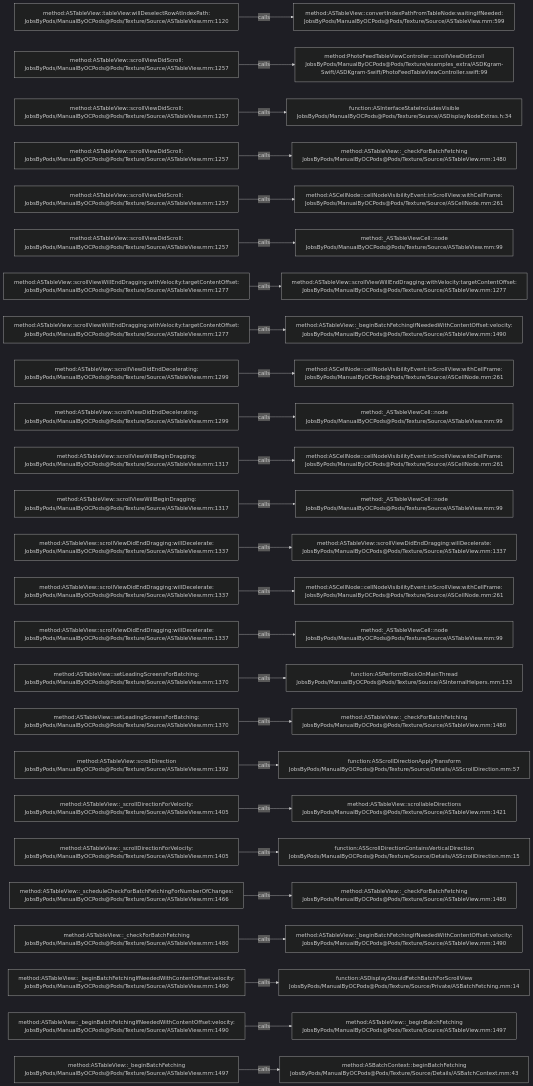
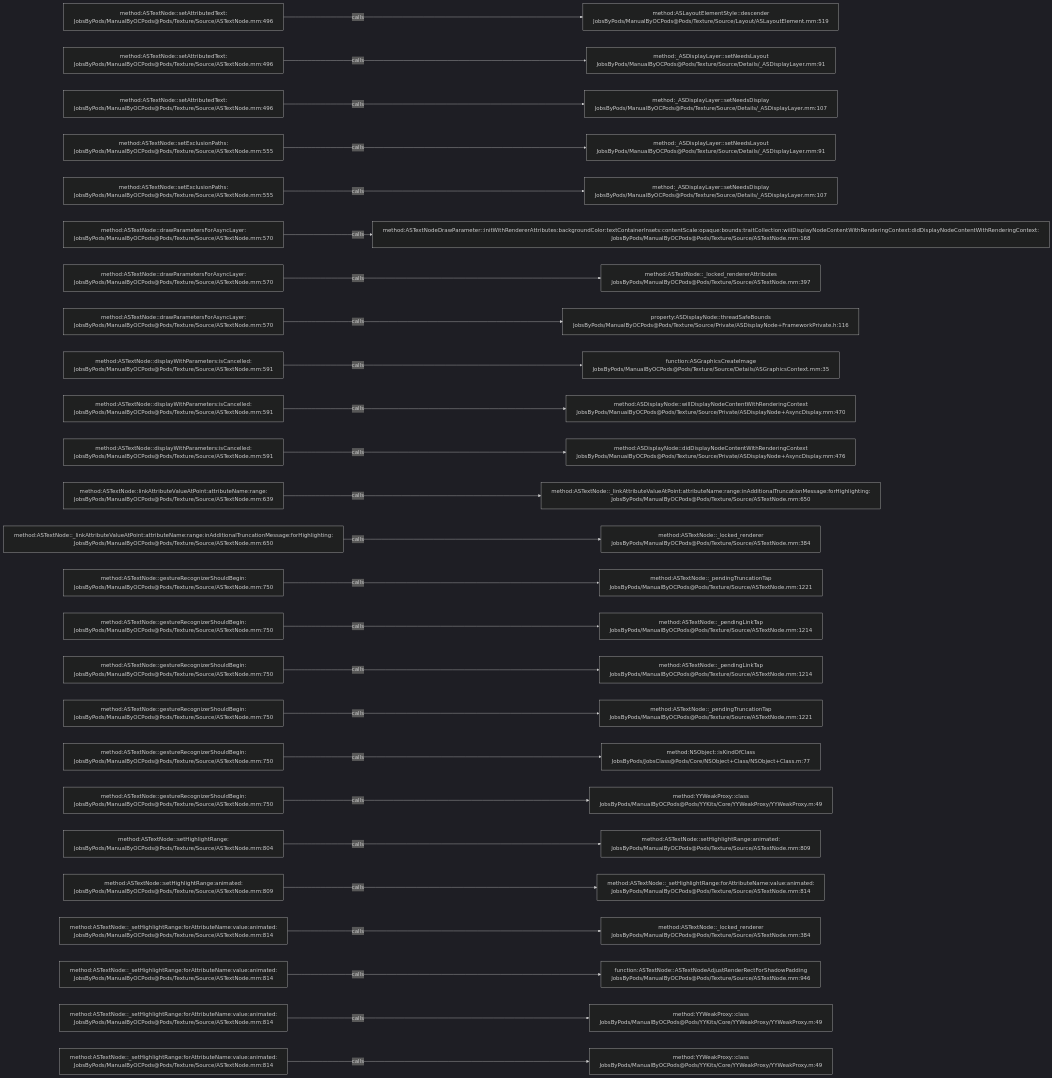
The diagram in .codegraph/codegraph.md/graphs/calls-127.md (JobsKits/JobsOCBaseConfigDemo), drawn with Mermaid (dark theme) before and after one commit. The commit also changed 1448 other files, not shown here.

````diff
--- a/.codegraph/codegraph.md/graphs/calls-127.md
+++ b/.codegraph/codegraph.md/graphs/calls-127.md
@@ -13,78 +13,78 @@
 ```mermaid
 flowchart LR
-  S1["method:ASTableView::tableView:willDeselectRowAtIndexPath:<br/>JobsByPods/ManualByOCPods@Pods/Texture/Source/ASTableView.mm:1120"]
-  T1["method:ASTableView::convertIndexPathFromTableNode:waitingIfNeeded:<br/>JobsByPods/ManualByOCPods@Pods/Texture/Source/ASTableView.mm:599"]
+  S1["method:ASTextNode::setAttributedText:<br/>JobsByPods/ManualByOCPods@Pods/Texture/Source/ASTextNode.mm:496"]
+  T1["method:ASLayoutElementStyle::descender<br/>JobsByPods/ManualByOCPods@Pods/Texture/Source/Layout/ASLayoutElement.mm:519"]
   S1 -->|calls| T1
-  S2["method:ASTableView::scrollViewDidScroll:<br/>JobsByPods/ManualByOCPods@Pods/Texture/Source/ASTableView.mm:1257"]
-  T2["method:PhotoFeedTableViewController::scrollViewDidScroll<br/>JobsByPods/ManualByOCPods@Pods/Texture/examples_extra/ASDKgram-Swift/ASDKgram-Swift/PhotoFeedTableViewController.swift:99"]
+  S2["method:ASTextNode::setAttributedText:<br/>JobsByPods/ManualByOCPods@Pods/Texture/Source/ASTextNode.mm:496"]
+  T2["method:_ASDisplayLayer::setNeedsLayout<br/>JobsByPods/ManualByOCPods@Pods/Texture/Source/Details/_ASDisplayLayer.mm:91"]
   S2 -->|calls| T2
-  S3["method:ASTableView::scrollViewDidScroll:<br/>JobsByPods/ManualByOCPods@Pods/Texture/Source/ASTableView.mm:1257"]
-  T3["function:ASInterfaceStateIncludesVisible<br/>JobsByPods/ManualByOCPods@Pods/Texture/Source/ASDisplayNodeExtras.h:34"]
+  S3["method:ASTextNode::setAttributedText:<br/>JobsByPods/ManualByOCPods@Pods/Texture/Source/ASTextNode.mm:496"]
+  T3["method:_ASDisplayLayer::setNeedsDisplay<br/>JobsByPods/ManualByOCPods@Pods/Texture/Source/Details/_ASDisplayLayer.mm:107"]
   S3 -->|calls| T3
-  S4["method:ASTableView::scrollViewDidScroll:<br/>JobsByPods/ManualByOCPods@Pods/Texture/Source/ASTableView.mm:1257"]
-  T4["method:ASTableView::_checkForBatchFetching<br/>JobsByPods/ManualByOCPods@Pods/Texture/Source/ASTableView.mm:1480"]
+  S4["method:ASTextNode::setExclusionPaths:<br/>JobsByPods/ManualByOCPods@Pods/Texture/Source/ASTextNode.mm:555"]
+  T4["method:_ASDisplayLayer::setNeedsLayout<br/>JobsByPods/ManualByOCPods@Pods/Texture/Source/Details/_ASDisplayLayer.mm:91"]
   S4 -->|calls| T4
-  S5["method:ASTableView::scrollViewDidScroll:<br/>JobsByPods/ManualByOCPods@Pods/Texture/Source/ASTableView.mm:1257"]
-  T5["method:ASCellNode::cellNodeVisibilityEvent:inScrollView:withCellFrame:<br/>JobsByPods/ManualByOCPods@Pods/Texture/Source/ASCellNode.mm:261"]
+  S5["method:ASTextNode::setExclusionPaths:<br/>JobsByPods/ManualByOCPods@Pods/Texture/Source/ASTextNode.mm:555"]
+  T5["method:_ASDisplayLayer::setNeedsDisplay<br/>JobsByPods/ManualByOCPods@Pods/Texture/Source/Details/_ASDisplayLayer.mm:107"]
   S5 -->|calls| T5
-  S6["method:ASTableView::scrollViewDidScroll:<br/>JobsByPods/ManualByOCPods@Pods/Texture/Source/ASTableView.mm:1257"]
-  T6["method:_ASTableViewCell::node<br/>JobsByPods/ManualByOCPods@Pods/Texture/Source/ASTableView.mm:99"]
+  S6["method:ASTextNode::drawParametersForAsyncLayer:<br/>JobsByPods/ManualByOCPods@Pods/Texture/Source/ASTextNode.mm:570"]
+  T6["method:ASTextNodeDrawParameter::initWithRendererAttributes:backgroundColor:textContainerInsets:contentScale:opaque:bounds:traitCollection:willDisplayNodeContentWithRenderingContext:didDisplayNodeContentWithRenderingContext:<br/>JobsByPods/ManualByOCPods@Pods/Texture/Source/ASTextNode.mm:168"]
   S6 -->|calls| T6
-  S7["method:ASTableView::scrollViewWillEndDragging:withVelocity:targetContentOffset:<br/>JobsByPods/ManualByOCPods@Pods/Texture/Source/ASTableView.mm:1277"]
-  T7["method:ASTableView::scrollViewWillEndDragging:withVelocity:targetContentOffset:<br/>JobsByPods/ManualByOCPods@Pods/Texture/Source/ASTableView.mm:1277"]
+  S7["method:ASTextNode::drawParametersForAsyncLayer:<br/>JobsByPods/ManualByOCPods@Pods/Texture/Source/ASTextNode.mm:570"]
+  T7["method:ASTextNode::_locked_rendererAttributes<br/>JobsByPods/ManualByOCPods@Pods/Texture/Source/ASTextNode.mm:397"]
   S7 -->|calls| T7
-  S8["method:ASTableView::scrollViewWillEndDragging:withVelocity:targetContentOffset:<br/>JobsByPods/ManualByOCPods@Pods/Texture/Source/ASTableView.mm:1277"]
-  T8["method:ASTableView::_beginBatchFetchingIfNeededWithContentOffset:velocity:<br/>JobsByPods/ManualByOCPods@Pods/Texture/Source/ASTableView.mm:1490"]
+  S8["method:ASTextNode::drawParametersForAsyncLayer:<br/>JobsByPods/ManualByOCPods@Pods/Texture/Source/ASTextNode.mm:570"]
+  T8["property:ASDisplayNode::threadSafeBounds<br/>JobsByPods/ManualByOCPods@Pods/Texture/Source/Private/ASDisplayNode+FrameworkPrivate.h:116"]
   S8 -->|calls| T8
-  S9["method:ASTableView::scrollViewDidEndDecelerating:<br/>JobsByPods/ManualByOCPods@Pods/Texture/Source/ASTableView.mm:1299"]
-  T9["method:ASCellNode::cellNodeVisibilityEvent:inScrollView:withCellFrame:<br/>JobsByPods/ManualByOCPods@Pods/Texture/Source/ASCellNode.mm:261"]
+  S9["method:ASTextNode::displayWithParameters:isCancelled:<br/>JobsByPods/ManualByOCPods@Pods/Texture/Source/ASTextNode.mm:591"]
+  T9["function:ASGraphicsCreateImage<br/>JobsByPods/ManualByOCPods@Pods/Texture/Source/Details/ASGraphicsContext.mm:35"]
   S9 -->|calls| T9
-  S10["method:ASTableView::scrollViewDidEndDecelerating:<br/>JobsByPods/ManualByOCPods@Pods/Texture/Source/ASTableView.mm:1299"]
-  T10["method:_ASTableViewCell::node<br/>JobsByPods/ManualByOCPods@Pods/Texture/Source/ASTableView.mm:99"]
+  S10["method:ASTextNode::displayWithParameters:isCancelled:<br/>JobsByPods/ManualByOCPods@Pods/Texture/Source/ASTextNode.mm:591"]
+  T10["method:ASDisplayNode::willDisplayNodeContentWithRenderingContext<br/>JobsByPods/ManualByOCPods@Pods/Texture/Source/Private/ASDisplayNode+AsyncDisplay.mm:470"]
   S10 -->|calls| T10
-  S11["method:ASTableView::scrollViewWillBeginDragging:<br/>JobsByPods/ManualByOCPods@Pods/Texture/Source/ASTableView.mm:1317"]
-  T11["method:ASCellNode::cellNodeVisibilityEvent:inScrollView:withCellFrame:<br/>JobsByPods/ManualByOCPods@Pods/Texture/Source/ASCellNode.mm:261"]
+  S11["method:ASTextNode::displayWithParameters:isCancelled:<br/>JobsByPods/ManualByOCPods@Pods/Texture/Source/ASTextNode.mm:591"]
+  T11["method:ASDisplayNode::didDisplayNodeContentWithRenderingContext<br/>JobsByPods/ManualByOCPods@Pods/Texture/Source/Private/ASDisplayNode+AsyncDisplay.mm:476"]
   S11 -->|calls| T11
-  S12["method:ASTableView::scrollViewWillBeginDragging:<br/>JobsByPods/ManualByOCPods@Pods/Texture/Source/ASTableView.mm:1317"]
-  T12["method:_ASTableViewCell::node<br/>JobsByPods/ManualByOCPods@Pods/Texture/Source/ASTableView.mm:99"]
+  S12["method:ASTextNode::linkAttributeValueAtPoint:attributeName:range:<br/>JobsByPods/ManualByOCPods@Pods/Texture/Source/ASTextNode.mm:639"]
+  T12["method:ASTextNode::_linkAttributeValueAtPoint:attributeName:range:inAdditionalTruncationMessage:forHighlighting:<br/>JobsByPods/ManualByOCPods@Pods/Texture/Source/ASTextNode.mm:650"]
   S12 -->|calls| T12
-  S13["method:ASTableView::scrollViewDidEndDragging:willDecelerate:<br/>JobsByPods/ManualByOCPods@Pods/Texture/Source/ASTableView.mm:1337"]
-  T13["method:ASTableView::scrollViewDidEndDragging:willDecelerate:<br/>JobsByPods/ManualByOCPods@Pods/Texture/Source/ASTableView.mm:1337"]
+  S13["method:ASTextNode::_linkAttributeValueAtPoint:attributeName:range:inAdditionalTruncationMessage:forHighlighting:<br/>JobsByPods/ManualByOCPods@Pods/Texture/Source/ASTextNode.mm:650"]
+  T13["method:ASTextNode::_locked_renderer<br/>JobsByPods/ManualByOCPods@Pods/Texture/Source/ASTextNode.mm:384"]
   S13 -->|calls| T13
-  S14["method:ASTableView::scrollViewDidEndDragging:willDecelerate:<br/>JobsByPods/ManualByOCPods@Pods/Texture/Source/ASTableView.mm:1337"]
-  T14["method:ASCellNode::cellNodeVisibilityEvent:inScrollView:withCellFrame:<br/>JobsByPods/ManualByOCPods@Pods/Texture/Source/ASCellNode.mm:261"]
+  S14["method:ASTextNode::gestureRecognizerShouldBegin:<br/>JobsByPods/ManualByOCPods@Pods/Texture/Source/ASTextNode.mm:750"]
+  T14["method:ASTextNode::_pendingTruncationTap<br/>JobsByPods/ManualByOCPods@Pods/Texture/Source/ASTextNode.mm:1221"]
   S14 -->|calls| T14
-  S15["method:ASTableView::scrollViewDidEndDragging:willDecelerate:<br/>JobsByPods/ManualByOCPods@Pods/Texture/Source/ASTableView.mm:1337"]
-  T15["method:_ASTableViewCell::node<br/>JobsByPods/ManualByOCPods@Pods/Texture/Source/ASTableView.mm:99"]
+  S15["method:ASTextNode::gestureRecognizerShouldBegin:<br/>JobsByPods/ManualByOCPods@Pods/Texture/Source/ASTextNode.mm:750"]
+  T15["method:ASTextNode::_pendingLinkTap<br/>JobsByPods/ManualByOCPods@Pods/Texture/Source/ASTextNode.mm:1214"]
   S15 -->|calls| T15
-  S16["method:ASTableView::setLeadingScreensForBatching:<br/>JobsByPods/ManualByOCPods@Pods/Texture/Source/ASTableView.mm:1370"]
-  T16["function:ASPerformBlockOnMainThread<br/>JobsByPods/ManualByOCPods@Pods/Texture/Source/ASInternalHelpers.mm:133"]
+  S16["method:ASTextNode::gestureRecognizerShouldBegin:<br/>JobsByPods/ManualByOCPods@Pods/Texture/Source/ASTextNode.mm:750"]
+  T16["method:ASTextNode::_pendingLinkTap<br/>JobsByPods/ManualByOCPods@Pods/Texture/Source/ASTextNode.mm:1214"]
   S16 -->|calls| T16
-  S17["method:ASTableView::setLeadingScreensForBatching:<br/>JobsByPods/ManualByOCPods@Pods/Texture/Source/ASTableView.mm:1370"]
-  T17["method:ASTableView::_checkForBatchFetching<br/>JobsByPods/ManualByOCPods@Pods/Texture/Source/ASTableView.mm:1480"]
+  S17["method:ASTextNode::gestureRecognizerShouldBegin:<br/>JobsByPods/ManualByOCPods@Pods/Texture/Source/ASTextNode.mm:750"]
+  T17["method:ASTextNode::_pendingTruncationTap<br/>JobsByPods/ManualByOCPods@Pods/Texture/Source/ASTextNode.mm:1221"]
   S17 -->|calls| T17
-  S18["method:ASTableView::scrollDirection<br/>JobsByPods/ManualByOCPods@Pods/Texture/Source/ASTableView.mm:1392"]
-  T18["function:ASScrollDirectionApplyTransform<br/>JobsByPods/ManualByOCPods@Pods/Texture/Source/Details/ASScrollDirection.mm:57"]
+  S18["method:ASTextNode::gestureRecognizerShouldBegin:<br/>JobsByPods/ManualByOCPods@Pods/Texture/Source/ASTextNode.mm:750"]
+  T18["method:NSObject::isKindOfClass<br/>JobsByPods/JobsClass@Pods/Core/NSObject+Class/NSObject+Class.m:77"]
   S18 -->|calls| T18
-  S19["method:ASTableView::_scrollDirectionForVelocity:<br/>JobsByPods/ManualByOCPods@Pods/Texture/Source/ASTableView.mm:1405"]
-  T19["method:ASTableView::scrollableDirections<br/>JobsByPods/ManualByOCPods@Pods/Texture/Source/ASTableView.mm:1421"]
+  S19["method:ASTextNode::gestureRecognizerShouldBegin:<br/>JobsByPods/ManualByOCPods@Pods/Texture/Source/ASTextNode.mm:750"]
+  T19["method:YYWeakProxy::class<br/>JobsByPods/ManualByOCPods@Pods/YYKits/Core/YYWeakProxy/YYWeakProxy.m:49"]
   S19 -->|calls| T19
-  S20["method:ASTableView::_scrollDirectionForVelocity:<br/>JobsByPods/ManualByOCPods@Pods/Texture/Source/ASTableView.mm:1405"]
-  T20["function:ASScrollDirectionContainsVerticalDirection<br/>JobsByPods/ManualByOCPods@Pods/Texture/Source/Details/ASScrollDirection.mm:15"]
+  S20["method:ASTextNode::setHighlightRange:<br/>JobsByPods/ManualByOCPods@Pods/Texture/Source/ASTextNode.mm:804"]
+  T20["method:ASTextNode::setHighlightRange:animated:<br/>JobsByPods/ManualByOCPods@Pods/Texture/Source/ASTextNode.mm:809"]
   S20 -->|calls| T20
-  S21["method:ASTableView::_scheduleCheckForBatchFetchingForNumberOfChanges:<br/>JobsByPods/ManualByOCPods@Pods/Texture/Source/ASTableView.mm:1466"]
-  T21["method:ASTableView::_checkForBatchFetching<br/>JobsByPods/ManualByOCPods@Pods/Texture/Source/ASTableView.mm:1480"]
+  S21["method:ASTextNode::setHighlightRange:animated:<br/>JobsByPods/ManualByOCPods@Pods/Texture/Source/ASTextNode.mm:809"]
+  T21["method:ASTextNode::_setHighlightRange:forAttributeName:value:animated:<br/>JobsByPods/ManualByOCPods@Pods/Texture/Source/ASTextNode.mm:814"]
   S21 -->|calls| T21
-  S22["method:ASTableView::_checkForBatchFetching<br/>JobsByPods/ManualByOCPods@Pods/Texture/Source/ASTableView.mm:1480"]
-  T22["method:ASTableView::_beginBatchFetchingIfNeededWithContentOffset:velocity:<br/>JobsByPods/ManualByOCPods@Pods/Texture/Source/ASTableView.mm:1490"]
+  S22["method:ASTextNode::_setHighlightRange:forAttributeName:value:animated:<br/>JobsByPods/ManualByOCPods@Pods/Texture/Source/ASTextNode.mm:814"]
+  T22["method:ASTextNode::_locked_renderer<br/>JobsByPods/ManualByOCPods@Pods/Texture/Source/ASTextNode.mm:384"]
   S22 -->|calls| T22
-  S23["method:ASTableView::_beginBatchFetchingIfNeededWithContentOffset:velocity:<br/>JobsByPods/ManualByOCPods@Pods/Texture/Source/ASTableView.mm:1490"]
-  T23["function:ASDisplayShouldFetchBatchForScrollView<br/>JobsByPods/ManualByOCPods@Pods/Texture/Source/Private/ASBatchFetching.mm:14"]
+  S23["method:ASTextNode::_setHighlightRange:forAttributeName:value:animated:<br/>JobsByPods/ManualByOCPods@Pods/Texture/Source/ASTextNode.mm:814"]
+  T23["function:ASTextNode::ASTextNodeAdjustRenderRectForShadowPadding<br/>JobsByPods/ManualByOCPods@Pods/Texture/Source/ASTextNode.mm:946"]
   S23 -->|calls| T23
-  S24["method:ASTableView::_beginBatchFetchingIfNeededWithContentOffset:velocity:<br/>JobsByPods/ManualByOCPods@Pods/Texture/Source/ASTableView.mm:1490"]
-  T24["method:ASTableView::_beginBatchFetching<br/>JobsByPods/ManualByOCPods@Pods/Texture/Source/ASTableView.mm:1497"]
+  S24["method:ASTextNode::_setHighlightRange:forAttributeName:value:animated:<br/>JobsByPods/ManualByOCPods@Pods/Texture/Source/ASTextNode.mm:814"]
+  T24["method:YYWeakProxy::class<br/>JobsByPods/ManualByOCPods@Pods/YYKits/Core/YYWeakProxy/YYWeakProxy.m:49"]
   S24 -->|calls| T24
-  S25["method:ASTableView::_beginBatchFetching<br/>JobsByPods/ManualByOCPods@Pods/Texture/Source/ASTableView.mm:1497"]
-  T25["method:ASBatchContext::beginBatchFetching<br/>JobsByPods/ManualByOCPods@Pods/Texture/Source/Details/ASBatchContext.mm:43"]
+  S25["method:ASTextNode::_setHighlightRange:forAttributeName:value:animated:<br/>JobsByPods/ManualByOCPods@Pods/Texture/Source/ASTextNode.mm:814"]
+  T25["method:YYWeakProxy::class<br/>JobsByPods/ManualByOCPods@Pods/YYKits/Core/YYWeakProxy/YYWeakProxy.m:49"]
   S25 -->|calls| T25
 ```
````
